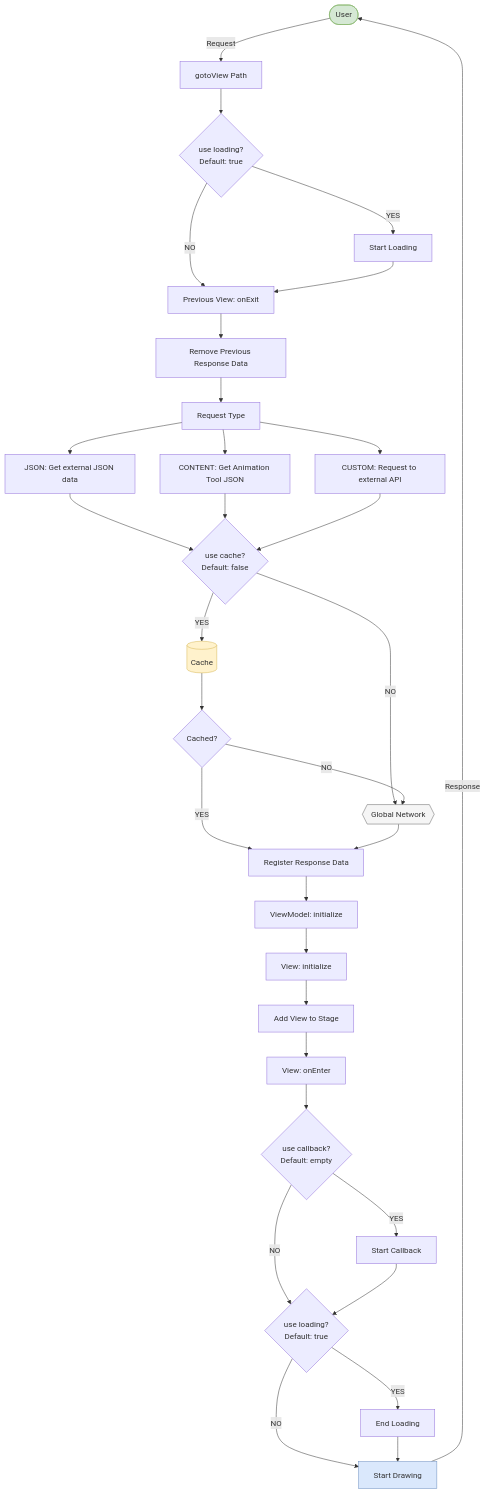
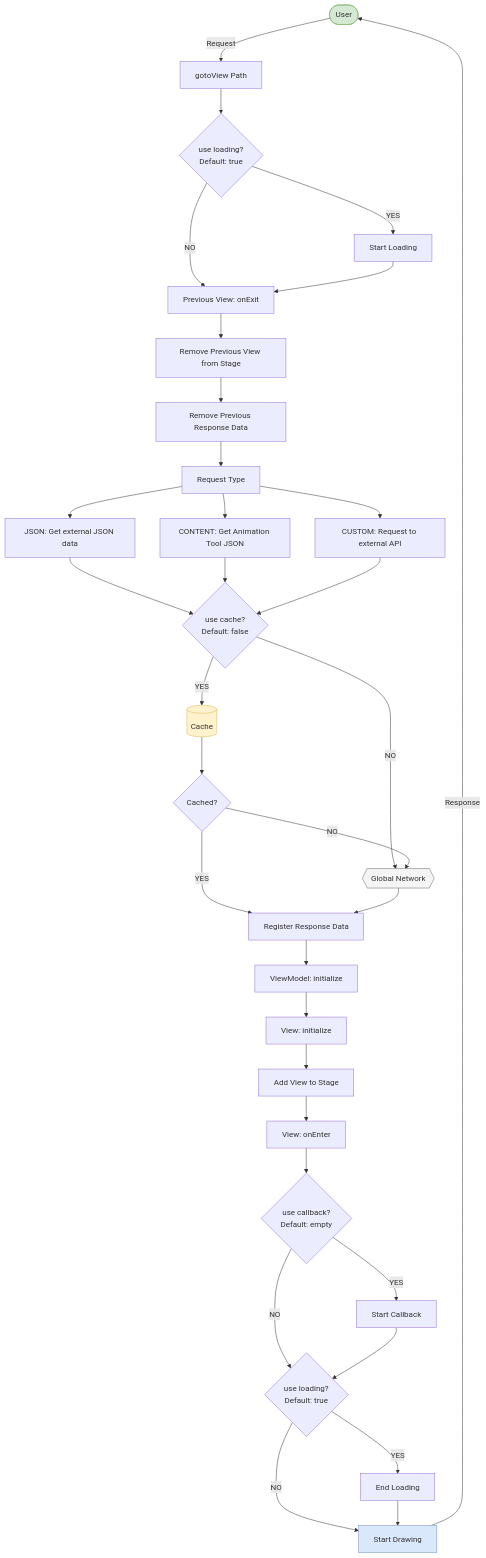
The diagram in README.md (Next2D/framework), drawn with Mermaid before and after one commit. The commit also changed 2 other files, not shown here.

Commit message:
#155 onExitをremoveChildの前に実行

````diff
--- a/README.md
+++ b/README.md
@@ -74,56 +74,57 @@
 ```mermaid
 graph TD
     User([User]) -->|Request| GotoView[gotoView Path]
     
     GotoView --> LoadingCheck{use loading?<br/>Default: true}
     
     LoadingCheck -->|YES| LoadingStart[Start Loading]
     LoadingCheck -->|NO| OnExit
     LoadingStart --> OnExit
     
-    OnExit[Previous View: onExit] --> RemoveResponse[Remove Previous Response Data]
+    OnExit[Previous View: onExit] --> RemoveViewFromStage[Remove Previous View from Stage]
+    RemoveViewFromStage --> RemoveResponse[Remove Previous Response Data]
     
     RemoveResponse --> RequestType[Request Type]
     
     RequestType --> JSON[JSON: Get external JSON data]
     RequestType --> CONTENT[CONTENT: Get Animation Tool JSON]
     RequestType --> CUSTOM[CUSTOM: Request to external API]
     
     JSON --> CacheCheck{use cache?<br/>Default: false}
     CONTENT --> CacheCheck
     CUSTOM --> CacheCheck
     
     CacheCheck -->|YES| CacheData[(Cache)]
     CacheCheck -->|NO| GlobalData{{Global Network}}
     
     CacheData --> Cached{Cached?}
     
     Cached -->|NO| GlobalData
     Cached -->|YES| RegisterResponse
     GlobalData --> RegisterResponse
     
     RegisterResponse[Register Response Data] --> ViewModelInit[ViewModel: initialize]
     
     ViewModelInit --> ViewInit[View: initialize]
     ViewInit --> AddToStage[Add View to Stage]
     AddToStage --> OnEnter[View: onEnter]
     
     OnEnter --> CallbackCheck{use callback?<br/>Default: empty}
     
     CallbackCheck -->|YES| CallbackStart[Start Callback]
     CallbackCheck -->|NO| LoadingEndCheck
     CallbackStart --> LoadingEndCheck
     
     LoadingEndCheck{use loading?<br/>Default: true}
     
     LoadingEndCheck -->|YES| LoadingEnd[End Loading]
     LoadingEndCheck -->|NO| StartDrawing
     LoadingEnd --> StartDrawing
     
     StartDrawing[Start Drawing] -->|Response| User
     
     style User fill:#d5e8d4,stroke:#82b366
     style StartDrawing fill:#dae8fc,stroke:#6c8ebf
     style CacheData fill:#fff2cc,stroke:#d6b656
     style GlobalData fill:#f5f5f5,stroke:#666666
 ```
````
